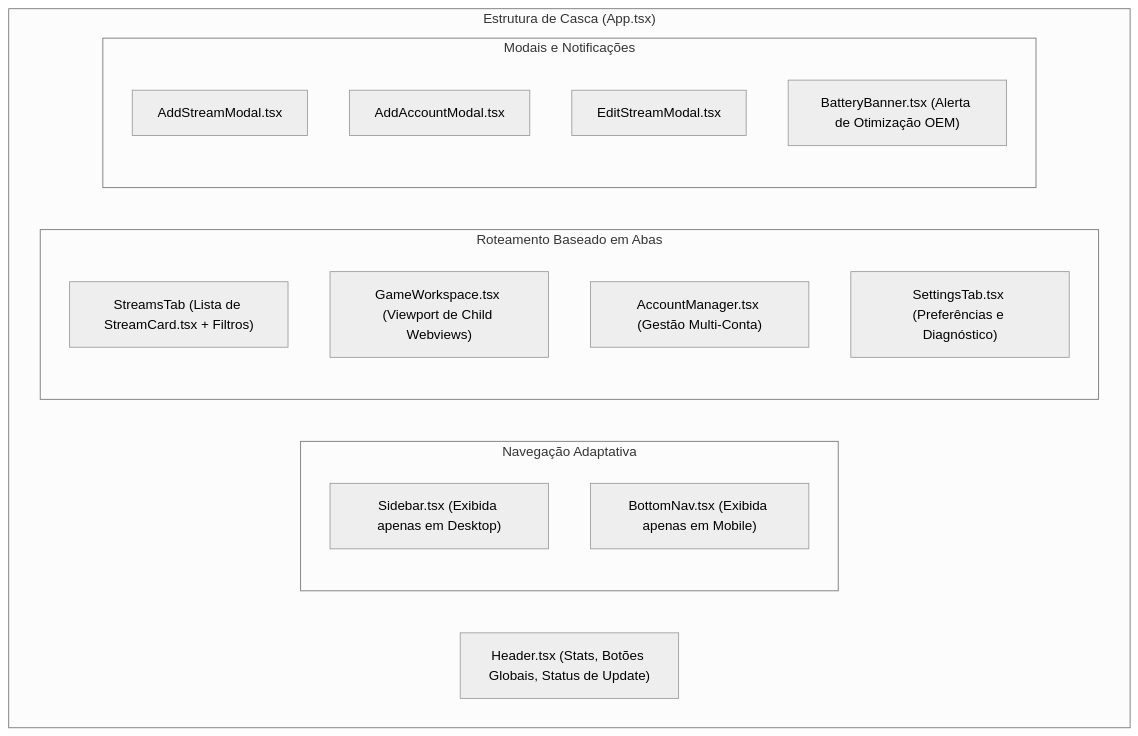
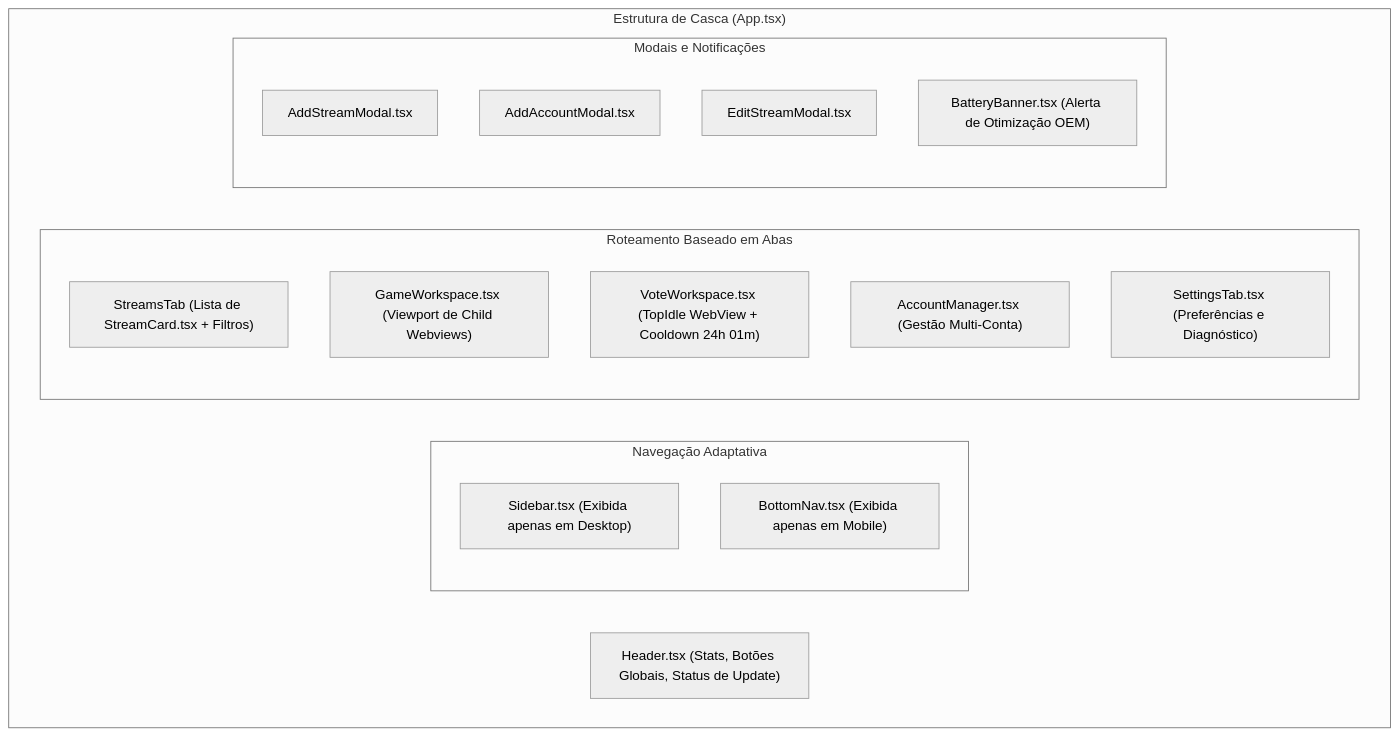
One commit to GabrielGamaBaptista/IdleStream changed the third of 3 diagrams in Docs/06-frontend.md. Above: the diagram before and after it, drawn with Mermaid (neutral theme). The commit also changed other lines of this file and 51 other files, not shown here.

````diff
--- a/Docs/06-frontend.md
+++ b/Docs/06-frontend.md
@@ -87,25 +90,26 @@
 ```mermaid
 graph TB
     subgraph App_Root ["Estrutura de Casca (App.tsx)"]
         HeaderComp["Header.tsx (Stats, Botões Globais, Status de Update)"]
         
         subgraph Navigation_Adapters ["Navegação Adaptativa"]
             SidebarComp["Sidebar.tsx (Exibida apenas em Desktop)"]
             BottomNavComp["BottomNav.tsx (Exibida apenas em Mobile)"]
         end
 
         subgraph Viewport_Tabs ["Roteamento Baseado em Abas"]
             TabStreams["StreamsTab (Lista de StreamCard.tsx + Filtros)"]
             TabGames["GameWorkspace.tsx (Viewport de Child Webviews)"]
+            TabVotes["VoteWorkspace.tsx (TopIdle WebView + Cooldown 24h 01m)"]
             TabAccounts["AccountManager.tsx (Gestão Multi-Conta)"]
             TabSettings["SettingsTab.tsx (Preferências e Diagnóstico)"]
         end
 
         subgraph Overlays ["Modais e Notificações"]
             ModalAddStream["AddStreamModal.tsx"]
             ModalAddAccount["AddAccountModal.tsx"]
             ModalEditStream["EditStreamModal.tsx"]
             BannerBattery["BatteryBanner.tsx (Alerta de Otimização OEM)"]
         end
     end
 ```
````
